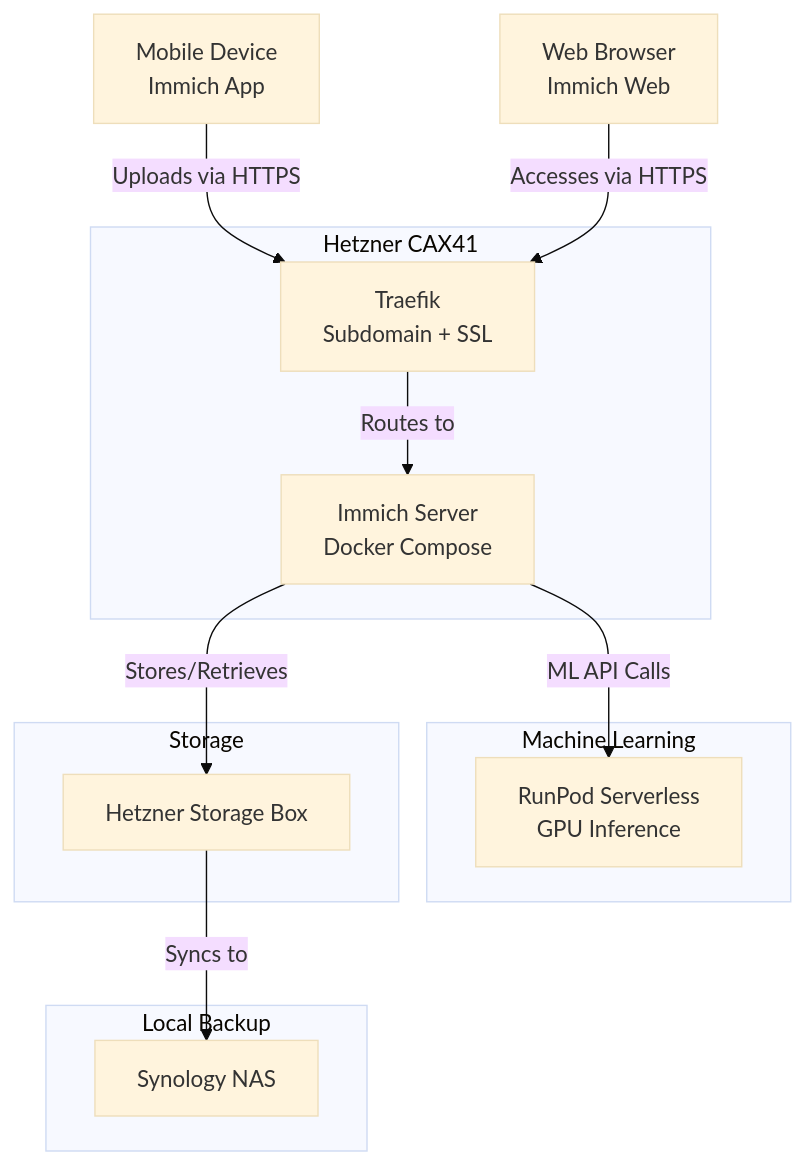
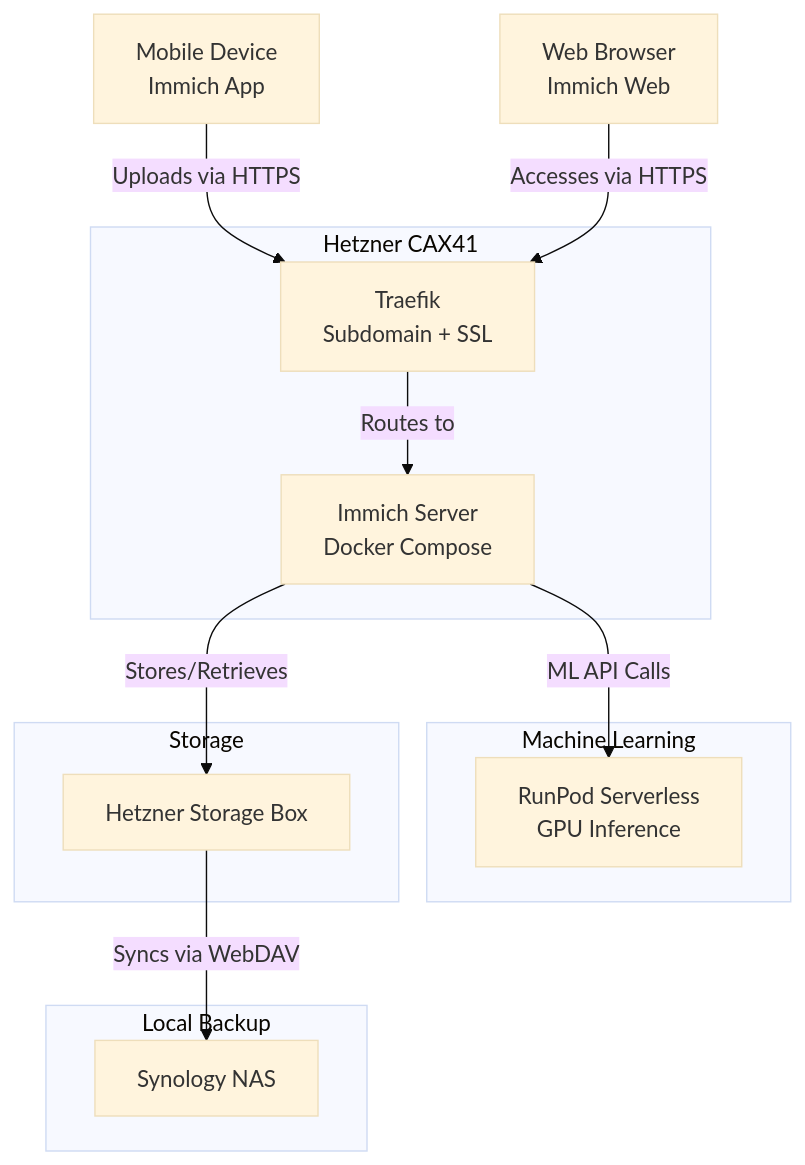
Before and after one commit to deepbrainspace/deepbrain-stack: the diagram in reference/image-server.md, drawn with Mermaid (base theme). The commit also changed other lines of this file, not shown here.

Commit message:
feat: add image server diagram

````diff
--- a/reference/image-server.md
+++ b/reference/image-server.md
@@ -1,26 +9,26 @@
 ```mermaid
 graph TD
     A[Mobile Device<br>Immich App] -->|Uploads via HTTPS| B[CAX41<br>Traefik]
     C[Web Browser<br>Immich Web] -->|Accesses via HTTPS| B
     B -->|Routes to| D[Immich Server<br>Docker Compose]
     D -->|Stores/Retrieves| E[Hetzner Storage Box<br>Mounted via SSHFS]
     D -->|ML API Calls| F[RunPod Serverless<br>GPU Inference]
-    E -->|Syncs to| G[Synology NAS<br>Local Backup]
+    E -->|Syncs via WebDAV| G[Synology NAS<br>Local Backup]
     
     subgraph Hetzner CAX41
         B[Traefik<br>Subdomain + SSL]
         D[Immich Server<br>Docker Compose]
     end
     
     subgraph Machine Learning
         F[RunPod Serverless<br>GPU Inference]
     end
     
     subgraph Storage
         E[Hetzner Storage Box]
     end
     
     subgraph Local Backup
         G[Synology NAS]
     end
 ```
````
